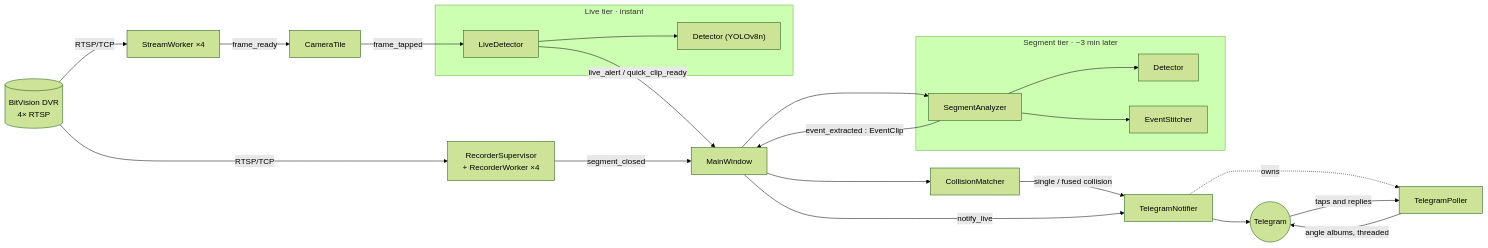
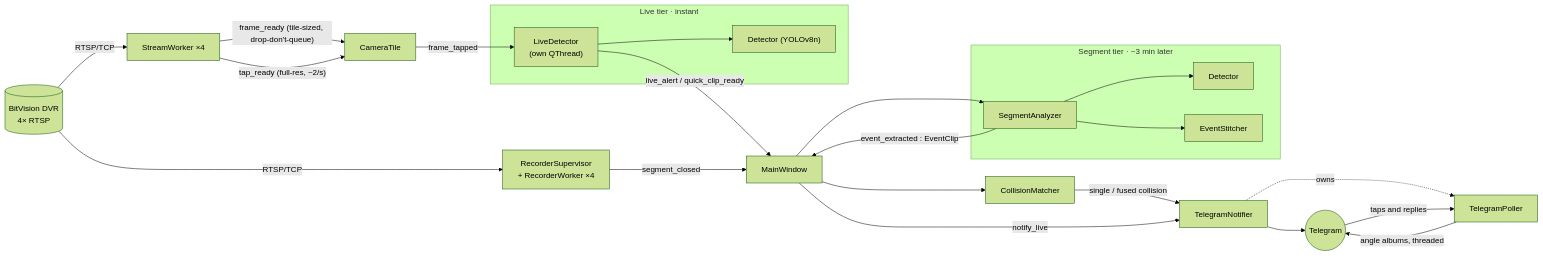
The first of 4 diagrams in README.md (DevAbdoTolba/watchhouse), drawn with Mermaid (forest theme) before and after one commit. The commit also changed other lines of this file and 20 other files, not shown here.

First line of the commit message:
perf(v0.4.73): fix app-wide UI lag — drop-don't-queue frame pipeline (BUG-012)

````diff
--- a/README.md
+++ b/README.md
@@ -55,33 +55,34 @@
 ```mermaid
 flowchart LR
     DVR[("BitVision DVR<br/>4× RTSP")]
 
     DVR -->|RTSP/TCP| SW["StreamWorker ×4"]
     DVR -->|RTSP/TCP| REC["RecorderSupervisor<br/>+ RecorderWorker ×4"]
 
-    SW -->|frame_ready| TILE["CameraTile"]
-    TILE -->|frame_tapped| LIVE["LiveDetector"]
+    SW -->|"frame_ready (tile-sized, drop-don't-queue)"| TILE["CameraTile"]
+    SW -->|"tap_ready (full-res, ~2/s)"| TILE
+    TILE -->|frame_tapped| LIVE["LiveDetector<br/>(own QThread)"]
 
     subgraph live ["Live tier · instant"]
         LIVE --> D1["Detector (YOLOv8n)"]
     end
 
     subgraph seg ["Segment tier · ~3 min later"]
         AN["SegmentAnalyzer"] --> D2["Detector"]
         AN --> STITCH["EventStitcher"]
     end
 
     REC -->|segment_closed| MW["MainWindow"]
     MW --> AN
     LIVE -->|live_alert / quick_clip_ready| MW
     AN -->|event_extracted : EventClip| MW
 
     MW --> COL["CollisionMatcher"]
     COL -->|single / fused collision| NOTIF["TelegramNotifier"]
     MW -->|notify_live| NOTIF
 
     NOTIF --> TG((Telegram))
     NOTIF -. owns .-> POLL["TelegramPoller"]
     TG -->|taps and replies| POLL
     POLL -->|angle albums, threaded| TG
 ```
````
